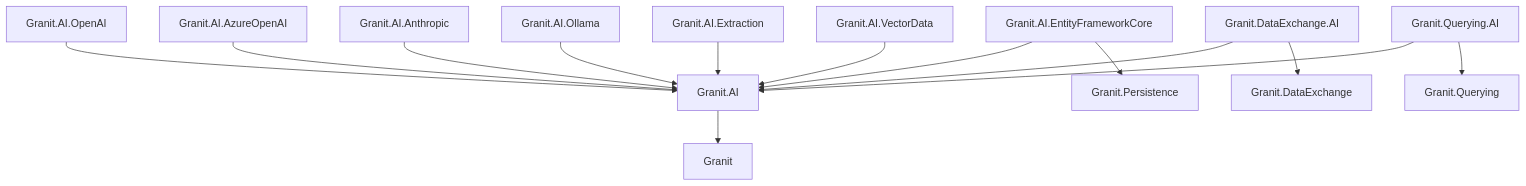
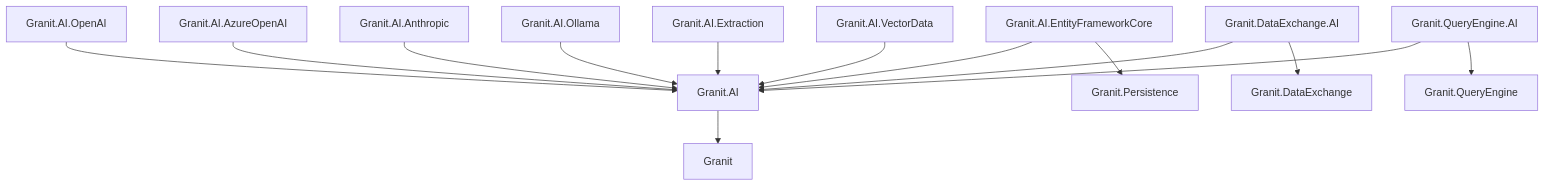
One commit to granit-fx/granit-dotnet changed the first of 2 diagrams in docs-site/src/content/docs/dotnet/ai/setup.mdx. Above: the diagram before and after it, drawn with Mermaid. The commit also changed other lines of this file and 656 other files, not shown here.

First line of the commit message:
refactor: rename Granit.Querying to Granit.QueryEngine

````diff
--- a/docs-site/src/content/docs/dotnet/ai/setup.mdx
+++ b/docs-site/src/content/docs/dotnet/ai/setup.mdx
@@ -78,16 +78,16 @@
 ```mermaid
 graph TD
     AI[Granit.AI] --> CO[Granit]
     OAI[Granit.AI.OpenAI] --> AI
     AAI[Granit.AI.AzureOpenAI] --> AI
     AN[Granit.AI.Anthropic] --> AI
     OL[Granit.AI.Ollama] --> AI
     EF[Granit.AI.EntityFrameworkCore] --> AI
     EF --> P[Granit.Persistence]
     EX[Granit.AI.Extraction] --> AI
     VD[Granit.AI.VectorData] --> AI
     DEX[Granit.DataExchange.AI] --> AI
     DEX --> DE[Granit.DataExchange]
-    QAI[Granit.Querying.AI] --> AI
-    QAI --> Q[Granit.Querying]
+    QAI[Granit.QueryEngine.AI] --> AI
+    QAI --> Q[Granit.QueryEngine]
 ```
````
